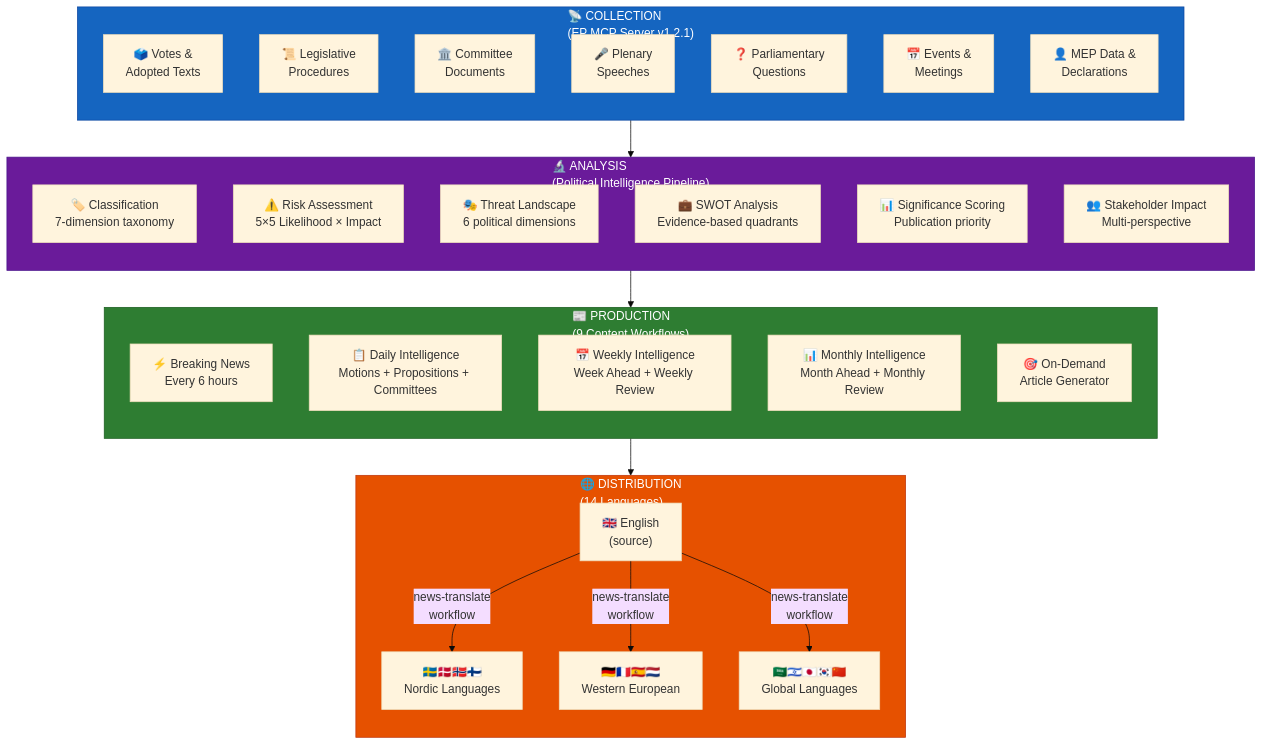
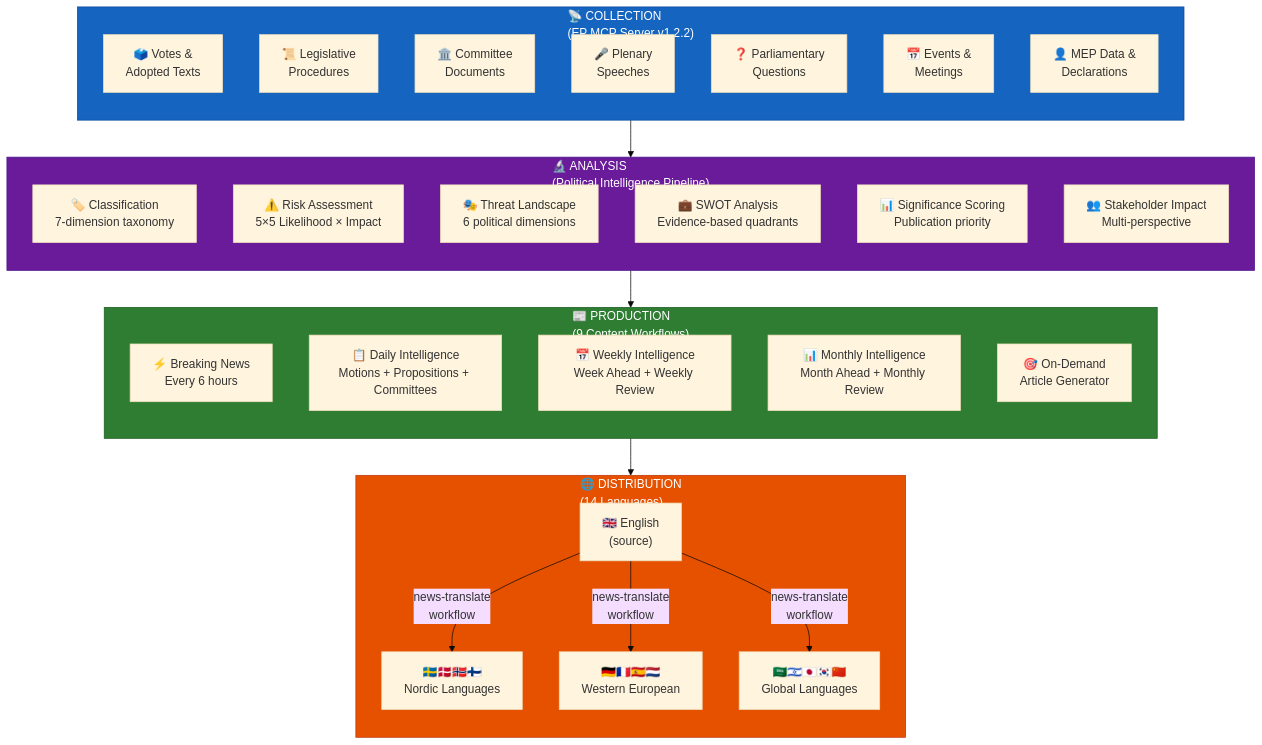
Diagram 18 of 21 in WORKFLOWS.md (Hack23/euparliamentmonitor), drawn with Mermaid (base theme) before and after one commit. The commit also changed other lines of this file and 30 other files, not shown here.

First line of the commit message:
chore: align all european-parliament-mcp-server references to v1.2.2

````diff
--- a/WORKFLOWS.md
+++ b/WORKFLOWS.md
@@ -1625,48 +1625,48 @@
 ```mermaid
 flowchart TD
-    subgraph Collection["📡 COLLECTION<br/>(EP MCP Server v1.2.1)"]
+    subgraph Collection["📡 COLLECTION<br/>(EP MCP Server v1.2.2)"]
         direction TB
         C1["🗳️ Votes &<br/>Adopted Texts"]
         C2["📜 Legislative<br/>Procedures"]
         C3["🏛️ Committee<br/>Documents"]
         C4["🎤 Plenary<br/>Speeches"]
         C5["❓ Parliamentary<br/>Questions"]
         C6["📅 Events &<br/>Meetings"]
         C7["👤 MEP Data &<br/>Declarations"]
     end
 
     subgraph Analysis["🔬 ANALYSIS<br/>(Political Intelligence Pipeline)"]
         direction TB
         A1["🏷️ Classification<br/>7-dimension taxonomy"]
         A2["⚠️ Risk Assessment<br/>5×5 Likelihood × Impact"]
         A3["🎭 Threat Landscape<br/>6 political dimensions"]
         A4["💼 SWOT Analysis<br/>Evidence-based quadrants"]
         A5["📊 Significance Scoring<br/>Publication priority"]
         A6["👥 Stakeholder Impact<br/>Multi-perspective"]
     end
 
     subgraph Production["📰 PRODUCTION<br/>(9 Content Workflows)"]
         direction TB
         P1["⚡ Breaking News<br/>Every 6 hours"]
         P2["📋 Daily Intelligence<br/>Motions + Propositions + Committees"]
         P3["📅 Weekly Intelligence<br/>Week Ahead + Weekly Review"]
         P4["📊 Monthly Intelligence<br/>Month Ahead + Monthly Review"]
         P5["🎯 On-Demand<br/>Article Generator"]
     end
 
     subgraph Distribution["🌐 DISTRIBUTION<br/>(14 Languages)"]
         direction TB
         D1["🇬🇧 English<br/>(source)"]
         D2["🇸🇪🇩🇰🇳🇴🇫🇮<br/>Nordic Languages"]
         D3["🇩🇪🇫🇷🇪🇸🇳🇱<br/>Western European"]
         D4["🇸🇦🇮🇱🇯🇵🇰🇷🇨🇳<br/>Global Languages"]
     end
 
     Collection --> Analysis --> Production --> D1
     D1 --> |"news-translate<br/>workflow"| D2 & D3 & D4
 
     style Collection fill:#1565C0,stroke:#0D47A1,color:#FFFFFF
     style Analysis fill:#6A1B9A,stroke:#4A148C,color:#FFFFFF
     style Production fill:#2E7D32,stroke:#1B5E20,color:#FFFFFF
     style Distribution fill:#E65100,stroke:#BF360C,color:#FFFFFF
 ```
````
